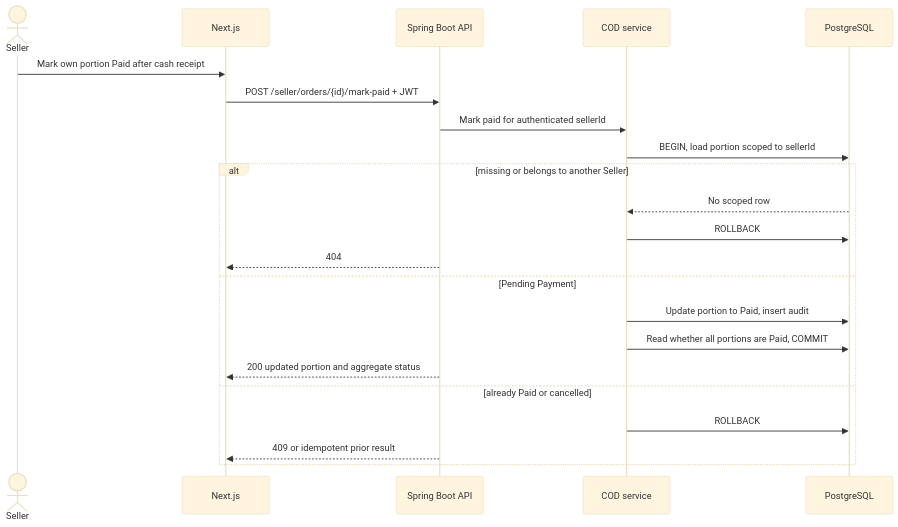
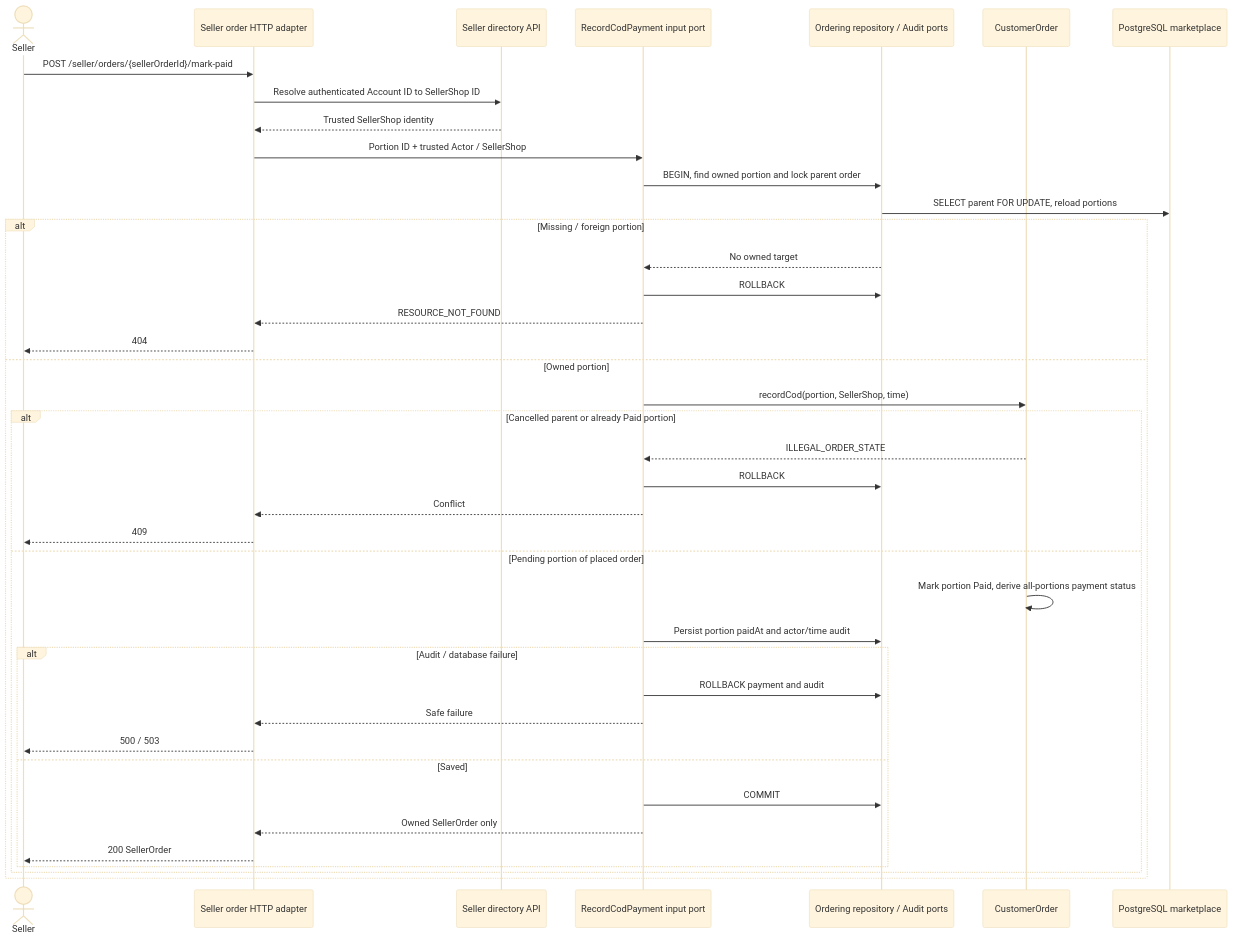
Before and after one commit to phuchoang-ecommerce-org/docs-minimal: the diagram in SolutionArchitecture/backend/sequences/seller-payment.md, drawn with Mermaid (base theme). The commit also changed other lines of this file and 47 other files, not shown here.

````diff
--- a/SolutionArchitecture/backend/sequences/seller-payment.md
+++ b/SolutionArchitecture/backend/sequences/seller-payment.md
@@ -3,24 +7,42 @@
 ```mermaid
 sequenceDiagram
   actor Seller
-  participant Web as Next.js
-  participant API as Spring Boot API
-  participant Pay as COD service
-  participant DB as PostgreSQL
-  Seller->>Web: Mark own portion Paid after cash receipt
-  Web->>API: POST /seller/orders/{id}/mark-paid + JWT
-  API->>Pay: Mark paid for authenticated sellerId
-  Pay->>DB: BEGIN, load portion scoped to sellerId
-  alt missing or belongs to another Seller
-    DB-->>Pay: No scoped row
-    Pay->>DB: ROLLBACK
-    API-->>Web: 404
-  else Pending Payment
-    Pay->>DB: Update portion to Paid, insert audit
-    Pay->>DB: Read whether all portions are Paid, COMMIT
-    API-->>Web: 200 updated portion and aggregate status
-  else already Paid or cancelled
-    Pay->>DB: ROLLBACK
-    API-->>Web: 409 or idempotent prior result
+  participant Web as Seller order HTTP adapter
+  participant Identity as Seller directory API
+  participant Handler as RecordCodPayment input port
+  participant Data as Ordering repository / Audit ports
+  participant Root as CustomerOrder
+  participant DB as PostgreSQL marketplace
+  Seller->>Web: POST /seller/orders/{sellerOrderId}/mark-paid
+  Web->>Identity: Resolve authenticated Account ID to SellerShop ID
+  Identity-->>Web: Trusted SellerShop identity
+  Web->>Handler: Portion ID + trusted Actor / SellerShop
+  Handler->>Data: BEGIN, find owned portion and lock parent order
+  Data->>DB: SELECT parent FOR UPDATE, reload portions
+  alt Missing / foreign portion
+    Data-->>Handler: No owned target
+    Handler->>Data: ROLLBACK
+    Handler-->>Web: RESOURCE_NOT_FOUND
+    Web-->>Seller: 404
+  else Owned portion
+    Handler->>Root: recordCod(portion, SellerShop, time)
+    alt Cancelled parent or already Paid portion
+      Root-->>Handler: ILLEGAL_ORDER_STATE
+      Handler->>Data: ROLLBACK
+      Handler-->>Web: Conflict
+      Web-->>Seller: 409
+    else Pending portion of placed order
+      Root->>Root: Mark portion Paid, derive all-portions payment status
+      Handler->>Data: Persist portion paidAt and actor/time audit
+      alt Audit / database failure
+        Handler->>Data: ROLLBACK payment and audit
+        Handler-->>Web: Safe failure
+        Web-->>Seller: 500 / 503
+      else Saved
+        Handler->>Data: COMMIT
+        Handler-->>Web: Owned SellerOrder only
+        Web-->>Seller: 200 SellerOrder
+      end
+    end
   end
 ```
````
